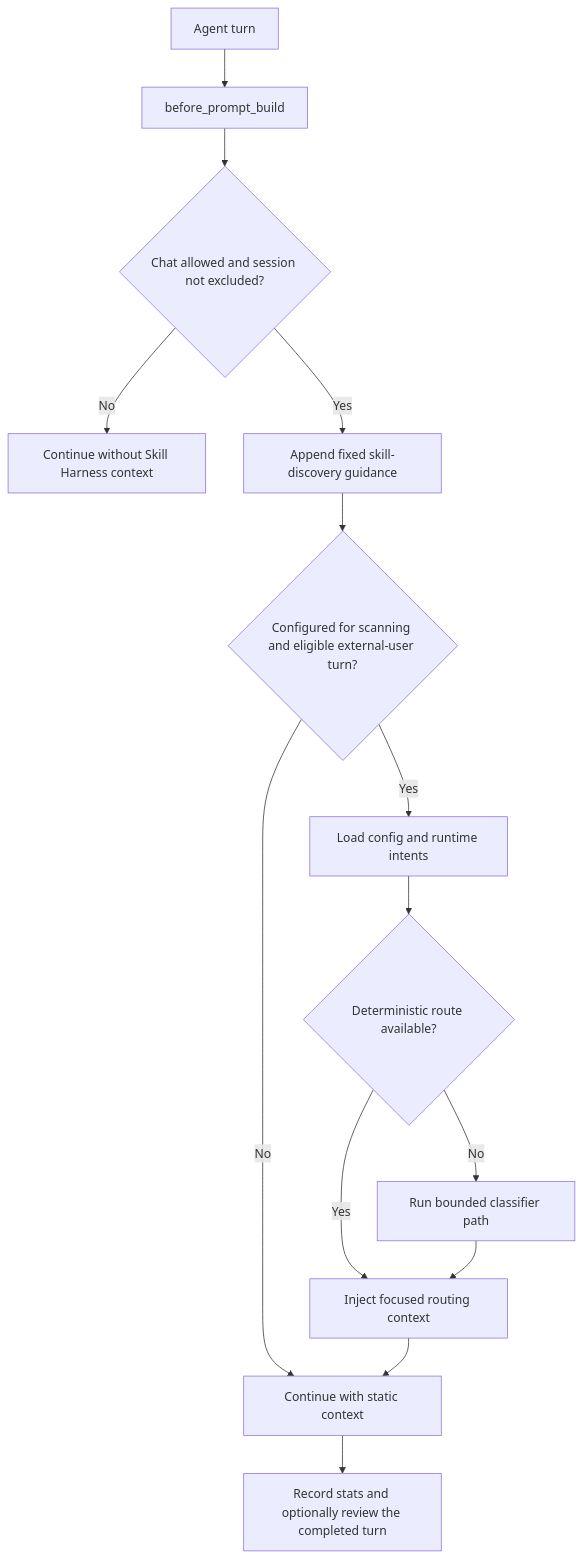
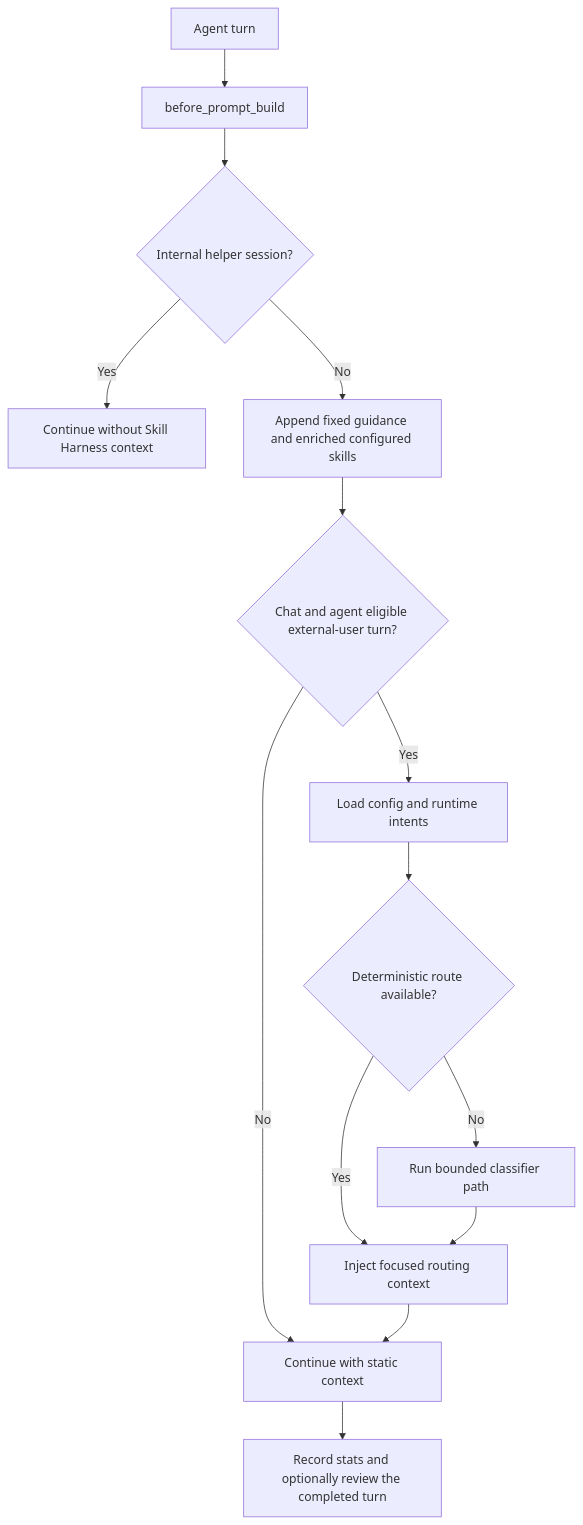
Before and after one commit to ani6439walc/openclaw-plugin-skill-harness: the diagram in README.md, drawn with Mermaid. The commit also changed other lines of this file and 5 other files, not shown here.

First line of the commit message:
feat: include workspace skills in configured context

````diff
--- a/README.md
+++ b/README.md
@@ -53,16 +53,16 @@
 ```mermaid
 graph TD
   A[Agent turn] --> B[before_prompt_build]
-  B --> C{Chat allowed and session not excluded?}
-  C -->|No| Z[Continue without Skill Harness context]
-  C -->|Yes| D[Append fixed skill-discovery guidance]
-  D --> E{Configured for scanning and eligible external-user turn?}
+  B --> C{Internal helper session?}
+  C -->|Yes| Z[Continue without Skill Harness context]
+  C -->|No| D[Append fixed guidance and enriched configured skills]
+  D --> E{Chat and agent eligible external-user turn?}
   E -->|No| M[Continue with static context]
   E -->|Yes| F[Load config and runtime intents]
   F --> G{Deterministic route available?}
   G -->|Yes| H[Inject focused routing context]
   G -->|No| I[Run bounded classifier path]
   I --> H
   H --> M
   M --> N[Record stats and optionally review the completed turn]
 ```
````
